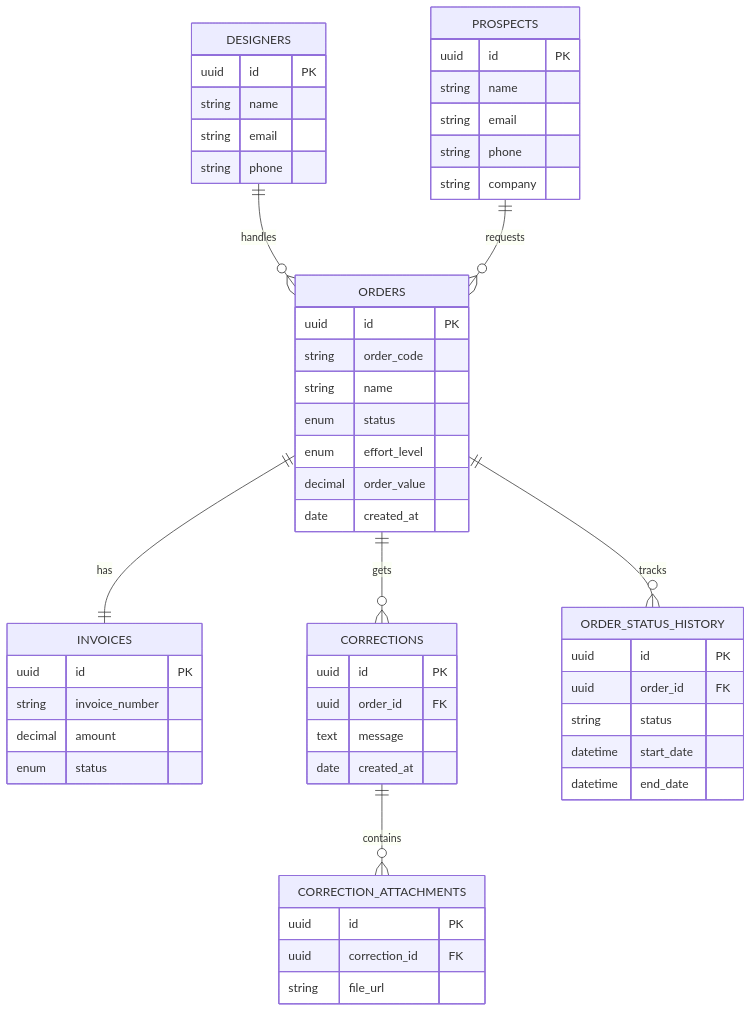
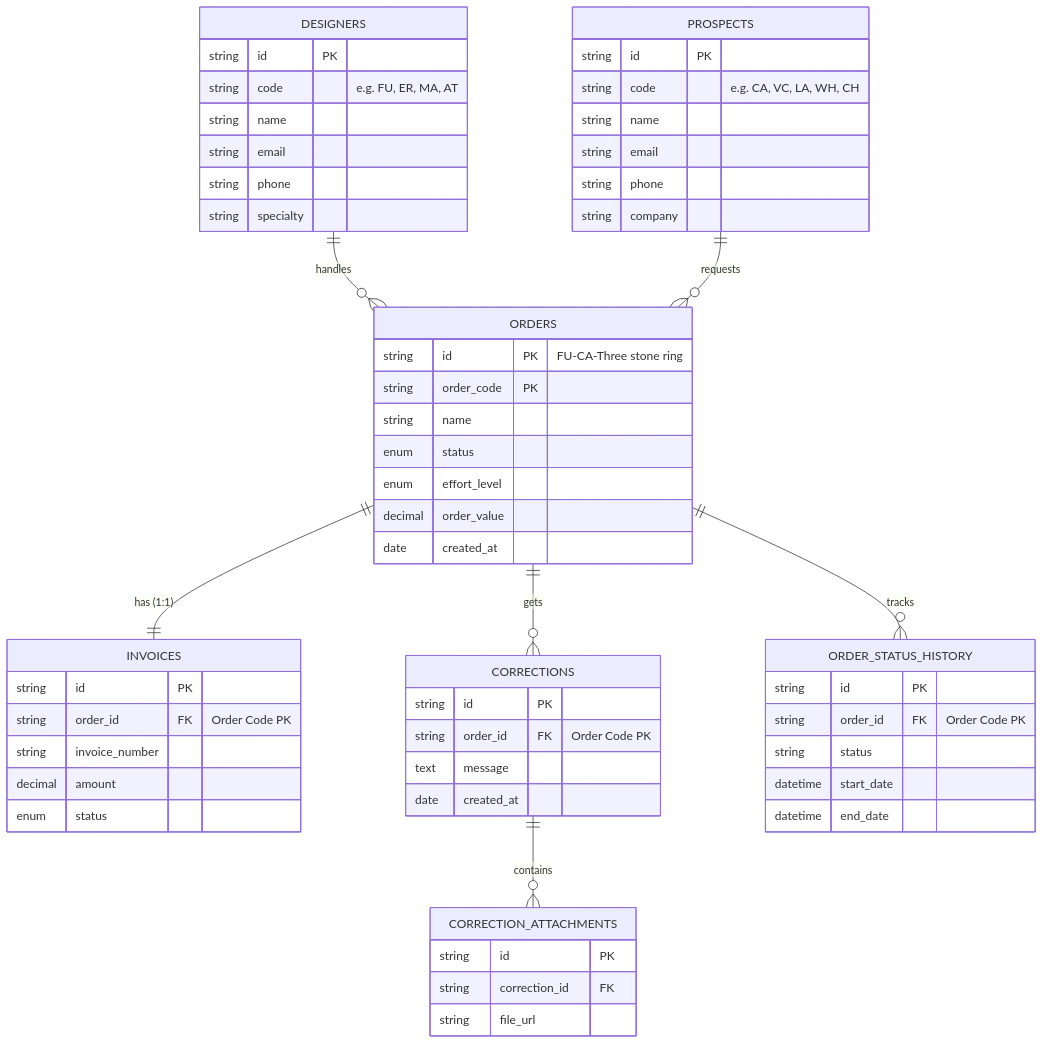
Before and after one commit to SyedIrtiza555/AuraCAD: the second of 2 diagrams in cr/build.md, drawn with Mermaid. The commit also changed other lines of this file and 15 other files, not shown here.

Commit message:
feat(v0-b): integrate Mantine UI, 3-part Order Code PK schema, and OrderDetailsSection

````diff
--- a/cr/build.md
+++ b/cr/build.md
@@ -28,62 +49,66 @@
 ```mermaid
 erDiagram
     ORDERS {
-        uuid id PK
-        string order_code
+        string id PK "FU-CA-Three stone ring"
+        string order_code PK
         string name
         enum status
         enum effort_level
         decimal order_value
         date created_at
     }
 
     DESIGNERS {
-        uuid id PK
+        string id PK
+        string code "e.g. FU, ER, MA, AT"
         string name
         string email
         string phone
+        string specialty
     }
 
     PROSPECTS {
-        uuid id PK
+        string id PK
+        string code "e.g. CA, VC, LA, WH, CH"
         string name
         string email
         string phone
         string company
     }
 
     INVOICES {
-        uuid id PK
+        string id PK
+        string order_id FK "Order Code PK"
         string invoice_number
         decimal amount
         enum status
     }
 
     CORRECTIONS {
-        uuid id PK
-        uuid order_id FK
+        string id PK
+        string order_id FK "Order Code PK"
         text message
         date created_at
     }
 
     CORRECTION_ATTACHMENTS {
-        uuid id PK
-        uuid correction_id FK
+        string id PK
+        string correction_id FK
         string file_url
     }
 
     ORDER_STATUS_HISTORY {
-        uuid id PK
-        uuid order_id FK
+        string id PK
+        string order_id FK "Order Code PK"
         string status
         datetime start_date
         datetime end_date
     }
 
     DESIGNERS ||--o{ ORDERS : "handles"
     PROSPECTS ||--o{ ORDERS : "requests"
-    ORDERS ||--|| INVOICES : "has"
+    ORDERS ||--|| INVOICES : "has (1:1)"
     ORDERS ||--o{ CORRECTIONS : "gets"
     CORRECTIONS ||--o{ CORRECTION_ATTACHMENTS : "contains"
     ORDERS ||--o{ ORDER_STATUS_HISTORY : "tracks"
 ```
````
